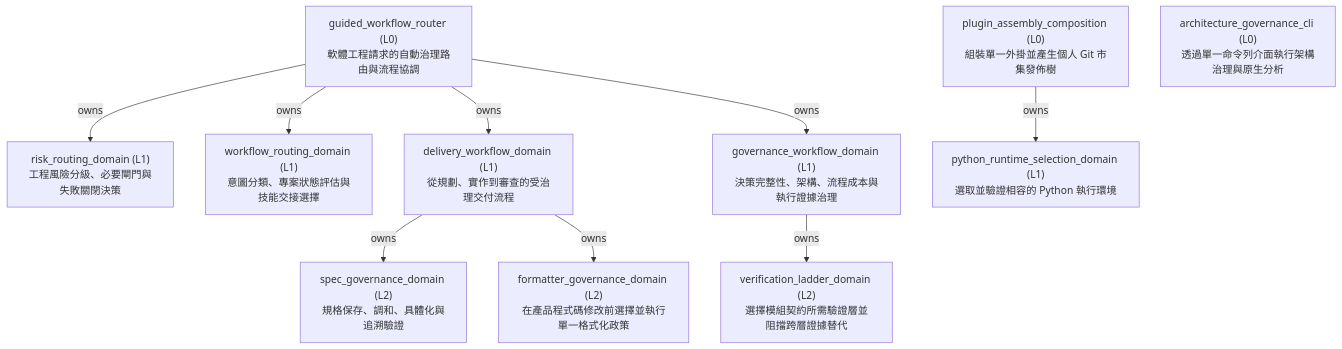
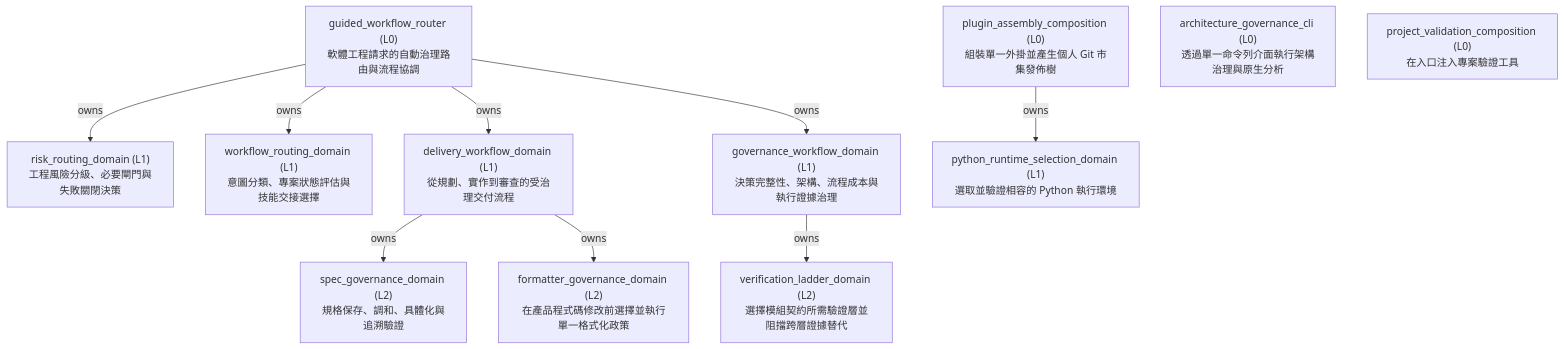
The first of 2 diagrams in architecture/ARCHITECTURE.md (ShinWeiPeng/skills), drawn with Mermaid before and after one commit. The commit also changed other lines of this file and 49 other files, not shown here.

Commit message:
Enforce project validation requirements across governed workflows

````diff
--- a/architecture/ARCHITECTURE.md
+++ b/architecture/ARCHITECTURE.md
@@ -19,22 +21,23 @@
 ```mermaid
 flowchart TD
     n_guided_workflow_router["guided_workflow_router (L0)<br/>軟體工程請求的自動治理路由與流程協調"]
     n_risk_routing_domain["risk_routing_domain (L1)<br/>工程風險分級、必要閘門與失敗關閉決策"]
     n_workflow_routing_domain["workflow_routing_domain (L1)<br/>意圖分類、專案狀態評估與技能交接選擇"]
     n_delivery_workflow_domain["delivery_workflow_domain (L1)<br/>從規劃、實作到審查的受治理交付流程"]
     n_spec_governance_domain["spec_governance_domain (L2)<br/>規格保存、調和、具體化與追溯驗證"]
     n_formatter_governance_domain["formatter_governance_domain (L2)<br/>在產品程式碼修改前選擇並執行單一格式化政策"]
     n_governance_workflow_domain["governance_workflow_domain (L1)<br/>決策完整性、架構、流程成本與執行證據治理"]
     n_verification_ladder_domain["verification_ladder_domain (L2)<br/>選擇模組契約所需驗證層並阻擋跨層證據替代"]
     n_plugin_assembly_composition["plugin_assembly_composition (L0)<br/>組裝單一外掛並產生個人 Git 市集發佈樹"]
     n_python_runtime_selection_domain["python_runtime_selection_domain (L1)<br/>選取並驗證相容的 Python 執行環境"]
     n_architecture_governance_cli["architecture_governance_cli (L0)<br/>透過單一命令列介面執行架構治理與原生分析"]
+    n_project_validation_composition["project_validation_composition (L0)<br/>在入口注入專案驗證工具"]
     n_guided_workflow_router -->|owns| n_risk_routing_domain
     n_guided_workflow_router -->|owns| n_workflow_routing_domain
     n_guided_workflow_router -->|owns| n_delivery_workflow_domain
     n_delivery_workflow_domain -->|owns| n_spec_governance_domain
     n_delivery_workflow_domain -->|owns| n_formatter_governance_domain
     n_guided_workflow_router -->|owns| n_governance_workflow_domain
     n_governance_workflow_domain -->|owns| n_verification_ladder_domain
     n_plugin_assembly_composition -->|owns| n_python_runtime_selection_domain
 ```
````
